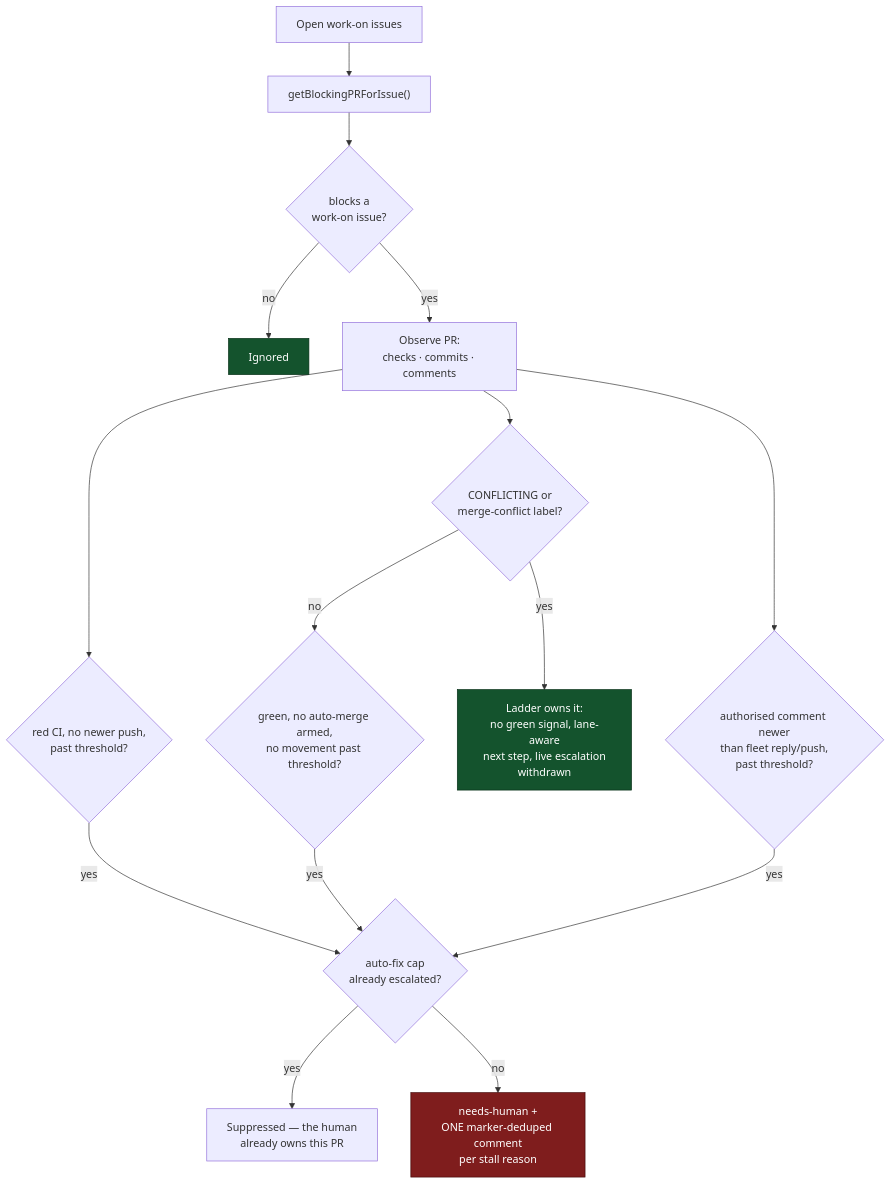
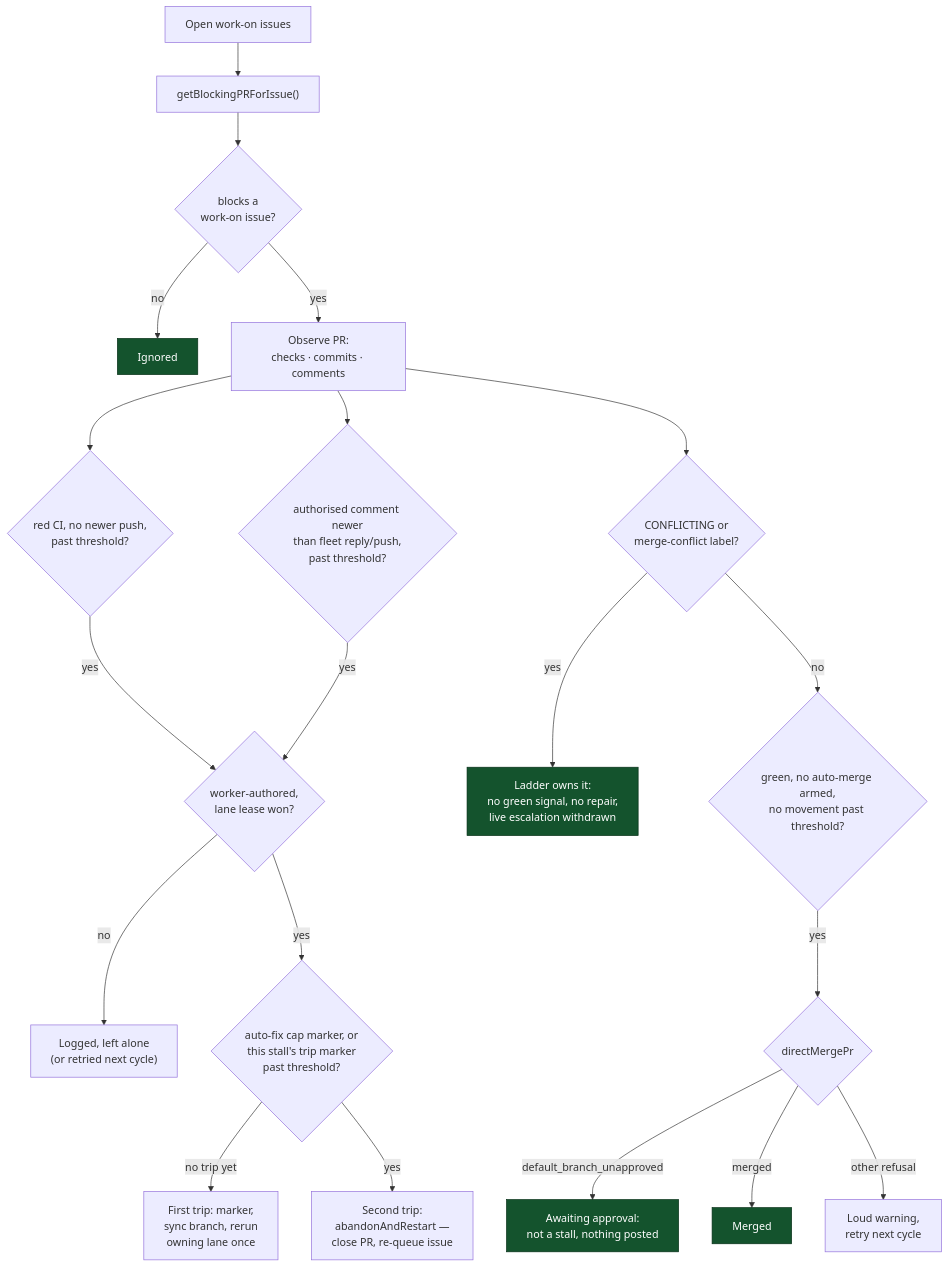
One commit to stSoftwareAU/VibeCoder changed diagram 25 of 27 in docs/CONFIGURATION.md. Above: the diagram before and after it, drawn with Mermaid. The commit also changed other lines of this file and 44 other files, not shown here.

Commit message:
Milestone: #2788 worker deno lib stall: Stall self-repair (#2866)

````diff
--- a/docs/CONFIGURATION.md
+++ b/docs/CONFIGURATION.md
@@ -4646,20 +4703,26 @@
 ```mermaid
 flowchart TD
     A["Open work-on issues"] --> B["getBlockingPRForIssue()"]
     B --> C{"blocks a<br/>work-on issue?"}
     C -->|no| D["Ignored"]
     C -->|yes| E["Observe PR:<br/>checks · commits · comments"]
     E --> F{"red CI, no newer push,<br/>past threshold?"}
     E --> G{"authorised comment newer<br/>than fleet reply/push,<br/>past threshold?"}
     E --> L{"CONFLICTING or<br/>merge-conflict label?"}
-    L -->|yes| N["Ladder owns it:<br/>no green signal, lane-aware<br/>next step, live escalation<br/>withdrawn"]
+    L -->|yes| N["Ladder owns it:<br/>no green signal, no repair,<br/>live escalation withdrawn"]
     L -->|no| M{"green, no auto-merge armed,<br/>no movement past threshold?"}
-    F -->|yes| K
-    M -->|yes| K
-    G -->|yes| K{"auto-fix cap<br/>already escalated?"}
-    K -->|yes| J["Suppressed — the human<br/>already owns this PR"]
-    K -->|no| H["needs-human +<br/>ONE marker-deduped comment<br/>per stall reason"]
-    style H fill:#7f1d1d,stroke:#450a0a,color:#fff
+    M -->|yes| P{"directMergePr"}
+    P -->|default_branch_unapproved| Q["Awaiting approval:<br/>not a stall, nothing posted"]
+    P -->|merged| R["Merged"]
+    P -->|other refusal| S["Loud warning,<br/>retry next cycle"]
+    F -->|yes| W
+    G -->|yes| W{"worker-authored,<br/>lane lease won?"}
+    W -->|no| X["Logged, left alone<br/>(or retried next cycle)"]
+    W -->|yes| K{"auto-fix cap marker, or<br/>this stall's trip marker<br/>past threshold?"}
+    K -->|no trip yet| H["First trip: marker,<br/>sync branch, rerun<br/>owning lane once"]
+    K -->|yes| J["Second trip:<br/>abandonAndRestart —<br/>close PR, re-queue issue"]
     style D fill:#14532d,stroke:#052e16,color:#fff
     style N fill:#14532d,stroke:#052e16,color:#fff
+    style Q fill:#14532d,stroke:#052e16,color:#fff
+    style R fill:#14532d,stroke:#052e16,color:#fff
 ```
````
